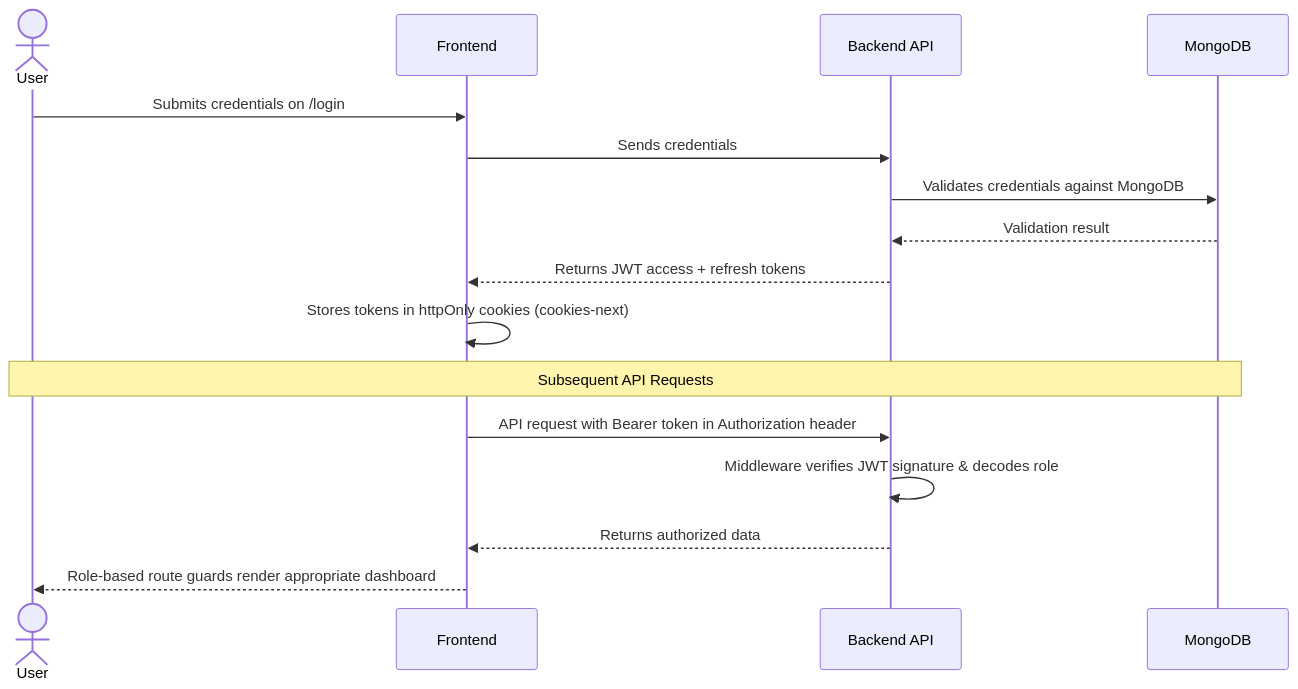
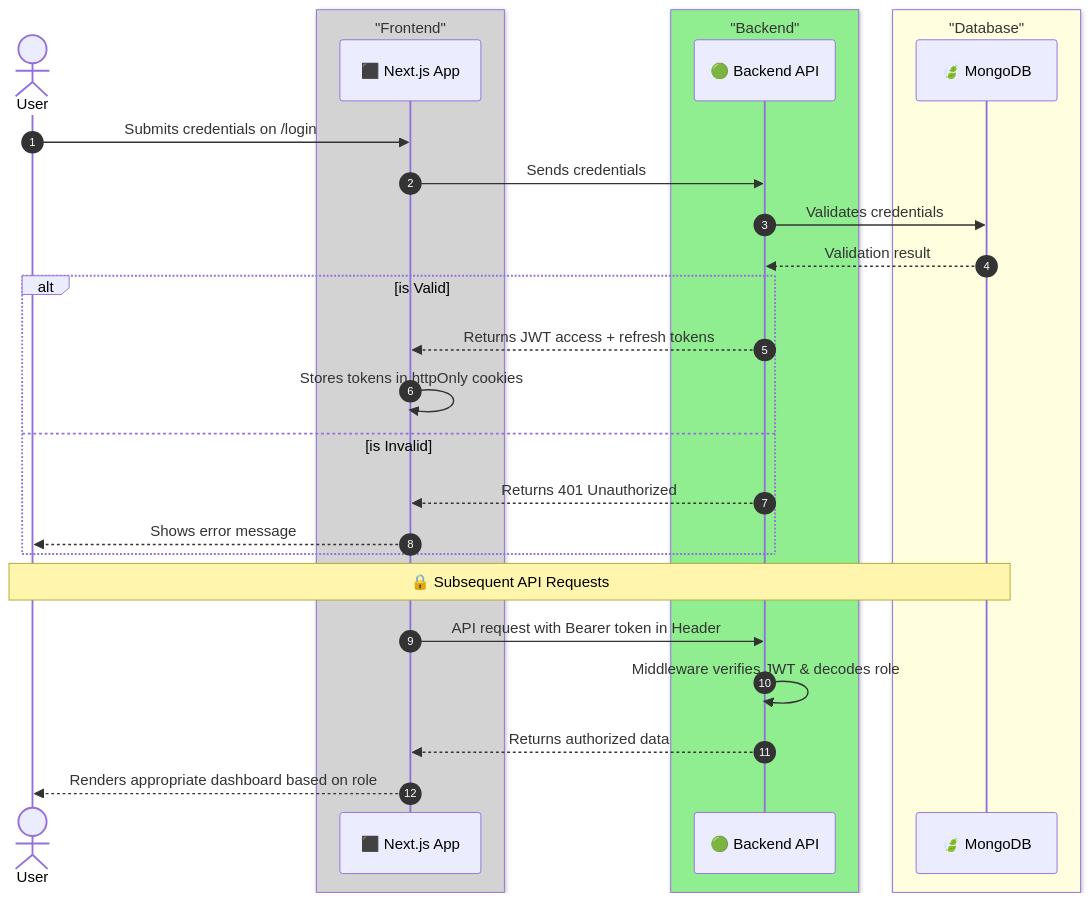
The third of 4 diagrams in README.md (SiratimMChy/Writeflow-AI), drawn with Mermaid before and after one commit. The commit also changed other lines of this file, not shown here.

Commit message:
docs(readme): enhance software architecture mermaid diagrams

````diff
--- a/README.md
+++ b/README.md
@@ -289,20 +314,36 @@
 ```mermaid
 sequenceDiagram
+    autonumber
     actor User
-    participant Frontend
-    participant Backend as Backend API
-    participant DB as MongoDB
+    
+    box LightGray "Frontend"
+        participant Frontend as ⬛ Next.js App
+    end
+    
+    box LightGreen "Backend"
+        participant Backend as 🟢 Backend API
+    end
+    
+    box LightYellow "Database"
+        participant DB as 🍃 MongoDB
+    end
     
     User->>Frontend: Submits credentials on /login
     Frontend->>Backend: Sends credentials
-    Backend->>DB: Validates credentials against MongoDB
+    Backend->>DB: Validates credentials
     DB-->>Backend: Validation result
-    Backend-->>Frontend: Returns JWT access + refresh tokens
-    Frontend->>Frontend: Stores tokens in httpOnly cookies (cookies-next)
     
-    Note over User,DB: Subsequent API Requests
-    Frontend->>Backend: API request with Bearer token in Authorization header
-    Backend->>Backend: Middleware verifies JWT signature & decodes role
+    alt is Valid
+        Backend-->>Frontend: Returns JWT access + refresh tokens
+        Frontend->>Frontend: Stores tokens in httpOnly cookies
+    else is Invalid
+        Backend-->>Frontend: Returns 401 Unauthorized
+        Frontend-->>User: Shows error message
+    end
+    
+    Note over User,DB: 🔒 Subsequent API Requests
+    Frontend->>Backend: API request with Bearer token in Header
+    Backend->>Backend: Middleware verifies JWT & decodes role
     Backend-->>Frontend: Returns authorized data
-    Frontend-->>User: Role-based route guards render appropriate dashboard
+    Frontend-->>User: Renders appropriate dashboard based on role
 ```
````
